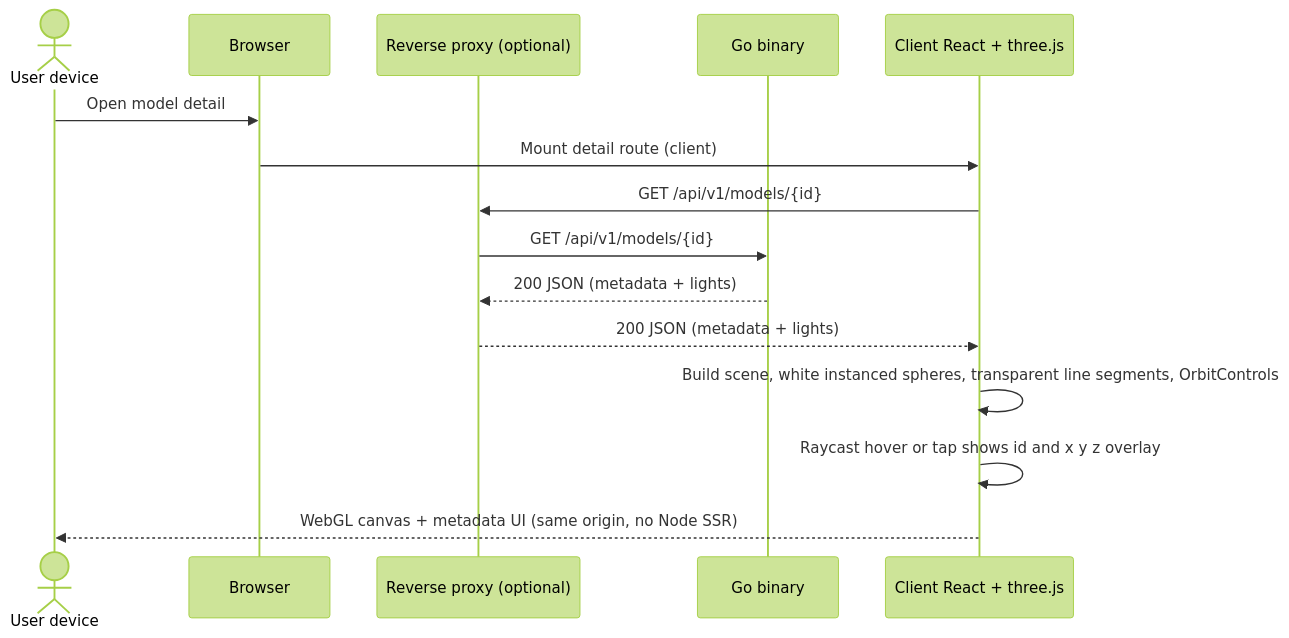
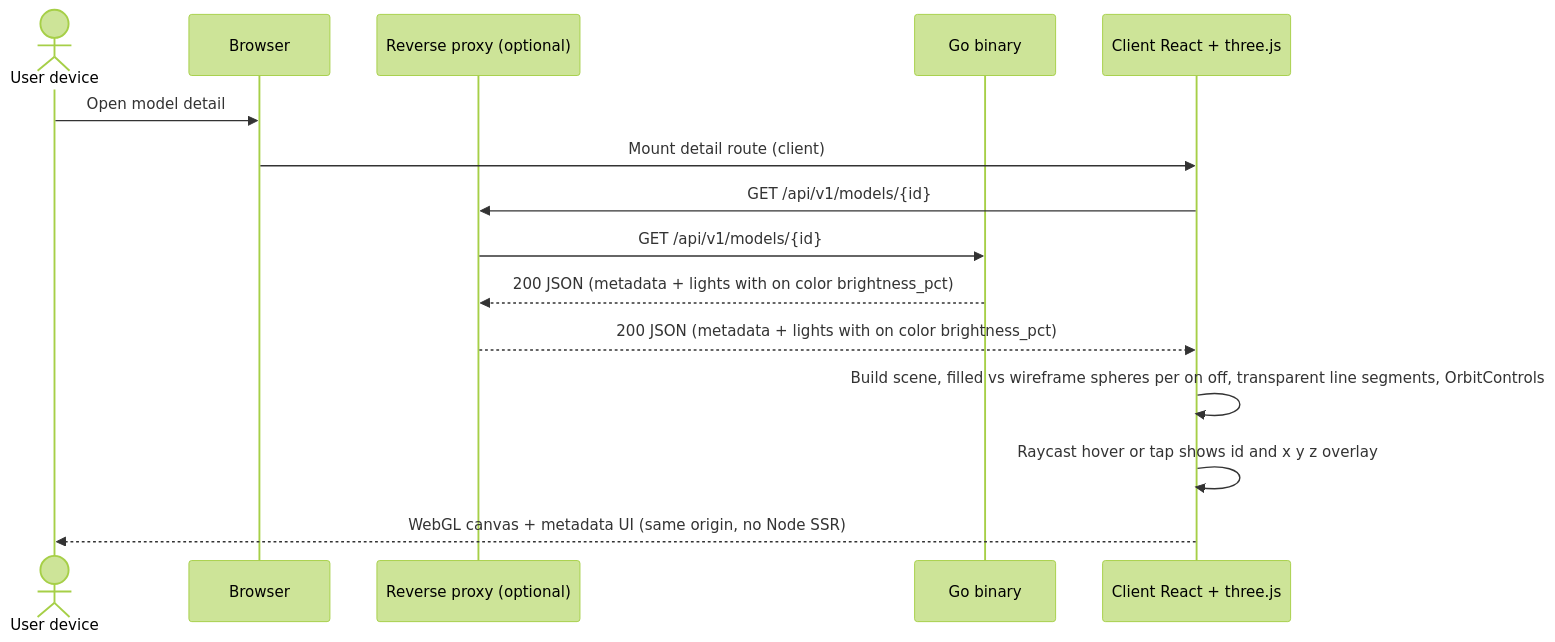
One commit to mudged/dlm changed the sixth of 8 diagrams in docs/architecture.md. Above: the diagram before and after it, drawn with Mermaid (forest theme). The commit also changed other lines of this file and 15 other files, not shown here.

````diff
--- a/docs/architecture.md
+++ b/docs/architecture.md
@@ -455,18 +495,18 @@
 ```mermaid
 sequenceDiagram
   actor User as User device
   participant B as Browser
   participant P as Reverse proxy (optional)
   participant G as Go binary
   participant R as Client React + three.js
 
   User->>B: Open model detail
   B->>R: Mount detail route (client)
   R->>P: GET /api/v1/models/{id}
   P->>G: GET /api/v1/models/{id}
-  G-->>P: 200 JSON (metadata + lights)
-  P-->>R: 200 JSON (metadata + lights)
-  R->>R: Build scene, white instanced spheres, transparent line segments, OrbitControls
+  G-->>P: 200 JSON (metadata + lights with on color brightness_pct)
+  P-->>R: 200 JSON (metadata + lights with on color brightness_pct)
+  R->>R: Build scene, filled vs wireframe spheres per on off, transparent line segments, OrbitControls
   R->>R: Raycast hover or tap shows id and x y z overlay
   R-->>User: WebGL canvas + metadata UI (same origin, no Node SSR)
 ```
````
